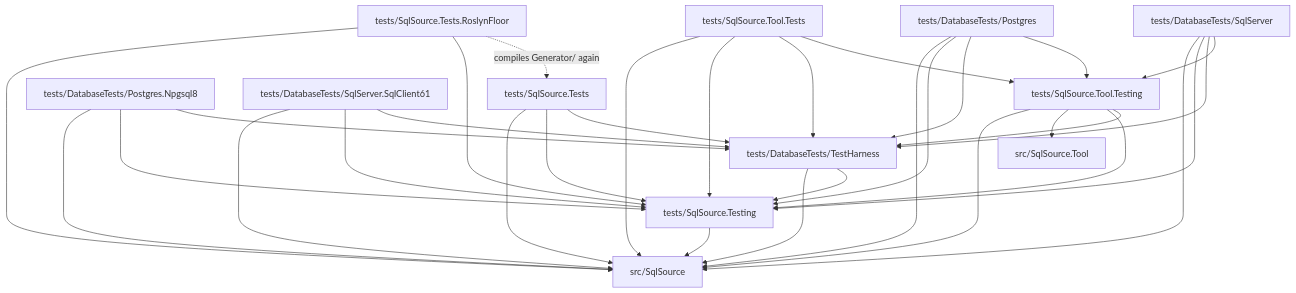
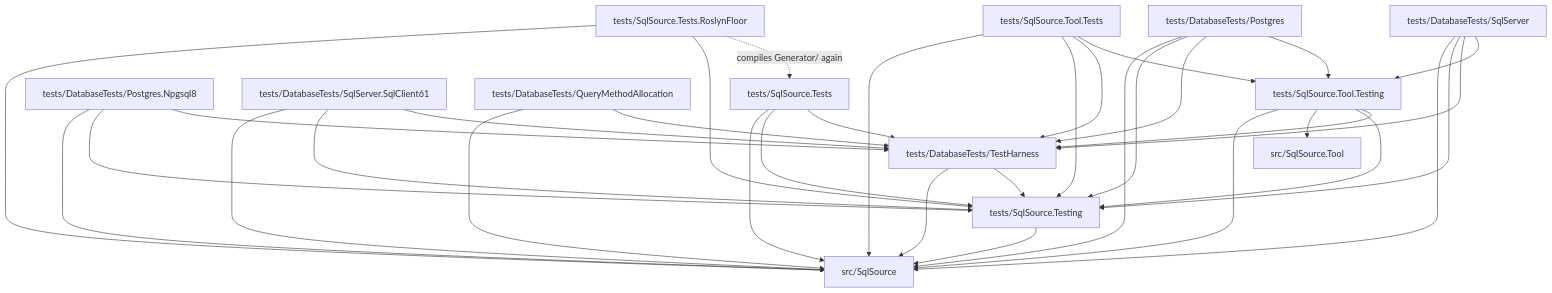
Before and after one commit to mbcrawfo/SqlSource: the diagram in tests/README.md, drawn with Mermaid. The commit also changed other lines of this file and 19 other files, not shown here.

Commit message:
Describe QueryMethodAllocation and the nightly's allocation jobs in every document that named the old steps

````diff
--- a/tests/README.md
+++ b/tests/README.md
@@ -61,47 +61,50 @@
 ```mermaid
 graph TD
     Generator["src/SqlSource"]
     Tool["src/SqlSource.Tool"]
     Tests["tests/SqlSource.Tests"]
     Floor["tests/SqlSource.Tests.RoslynFloor"]
     ToolTests["tests/SqlSource.Tool.Tests"]
     Postgres["tests/DatabaseTests/Postgres"]
     Npgsql8["tests/DatabaseTests/Postgres.Npgsql8"]
     SqlServer["tests/DatabaseTests/SqlServer"]
     SqlClient61["tests/DatabaseTests/SqlServer.SqlClient61"]
+    Allocation["tests/DatabaseTests/QueryMethodAllocation"]
     Testing["tests/SqlSource.Testing"]
     Harness["tests/DatabaseTests/TestHarness"]
     ToolTesting["tests/SqlSource.Tool.Testing"]
 
     Tests --> Generator
     Tests --> Testing
     Tests --> Harness
     Floor --> Generator
     Floor --> Testing
     Floor -.->|compiles Generator/ again| Tests
     ToolTests --> Generator
     ToolTests --> Testing
     ToolTests --> Harness
     ToolTests --> ToolTesting
     Postgres --> Generator
     Postgres --> Testing
     Postgres --> Harness
     Postgres --> ToolTesting
     Npgsql8 --> Generator
     Npgsql8 --> Testing
     Npgsql8 --> Harness
     SqlServer --> Generator
     SqlServer --> Testing
     SqlServer --> Harness
     SqlServer --> ToolTesting
     SqlClient61 --> Generator
     SqlClient61 --> Testing
     SqlClient61 --> Harness
+    Allocation --> Generator
+    Allocation --> Harness
     Harness --> Generator
     Harness --> Testing
     Testing --> Generator
     ToolTesting --> Generator
     ToolTesting --> Tool
     ToolTesting --> Testing
     ToolTesting --> Harness
 ```
````
